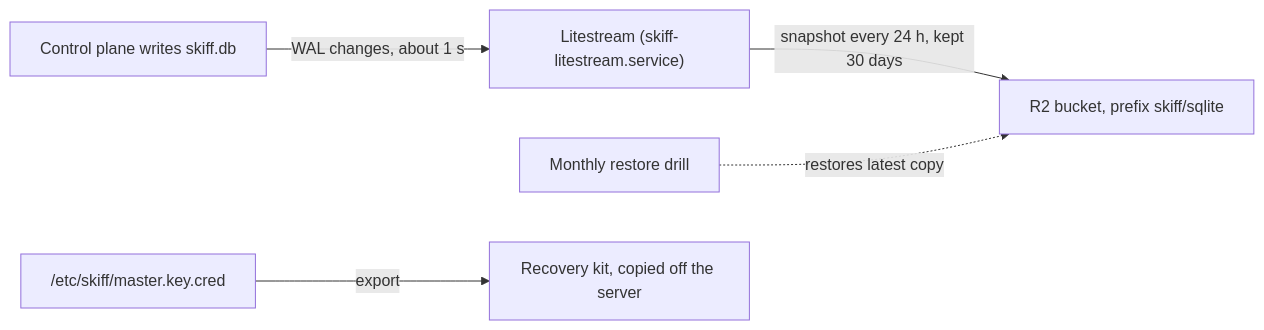
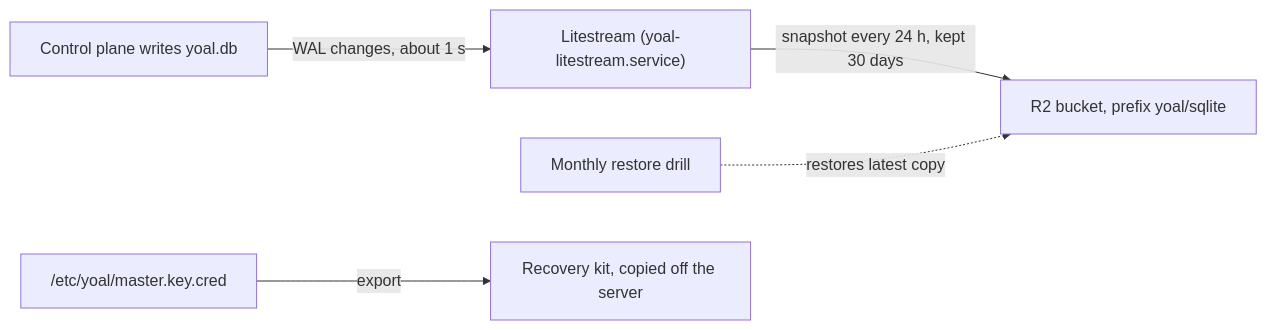
One commit to KieranHolroyd/skiff changed the first of 2 diagrams in packages/docs/content/self-hosting/platform-backups.md. Above: the diagram before and after it, drawn with Mermaid. The commit also changed other lines of this file and 1869 other files, not shown here.

````diff
--- a/packages/docs/content/self-hosting/platform-backups.md
+++ b/packages/docs/content/self-hosting/platform-backups.md
@@ -48,7 +48,7 @@
 ```mermaid
 flowchart LR
-  CP["Control plane writes skiff.db"] -->|WAL changes, about 1 s| LS["Litestream (skiff-litestream.service)"]
-  LS -->|snapshot every 24 h, kept 30 days| R2["R2 bucket, prefix skiff/sqlite"]
+  CP["Control plane writes yoal.db"] -->|WAL changes, about 1 s| LS["Litestream (yoal-litestream.service)"]
+  LS -->|snapshot every 24 h, kept 30 days| R2["R2 bucket, prefix yoal/sqlite"]
   DRILL["Monthly restore drill"] -.->|restores latest copy| R2
-  KEY["/etc/skiff/master.key.cred"] -->|export| KIT["Recovery kit, copied off the server"]
+  KEY["/etc/yoal/master.key.cred"] -->|export| KIT["Recovery kit, copied off the server"]
 ```
````
